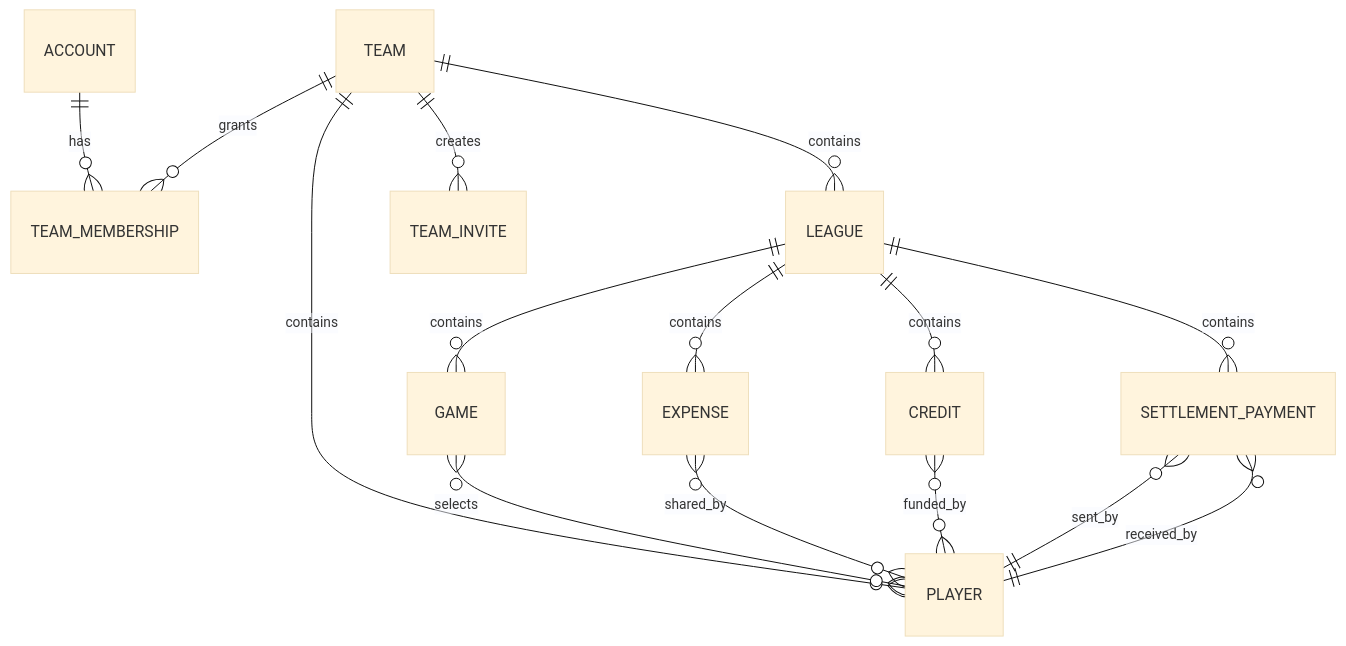
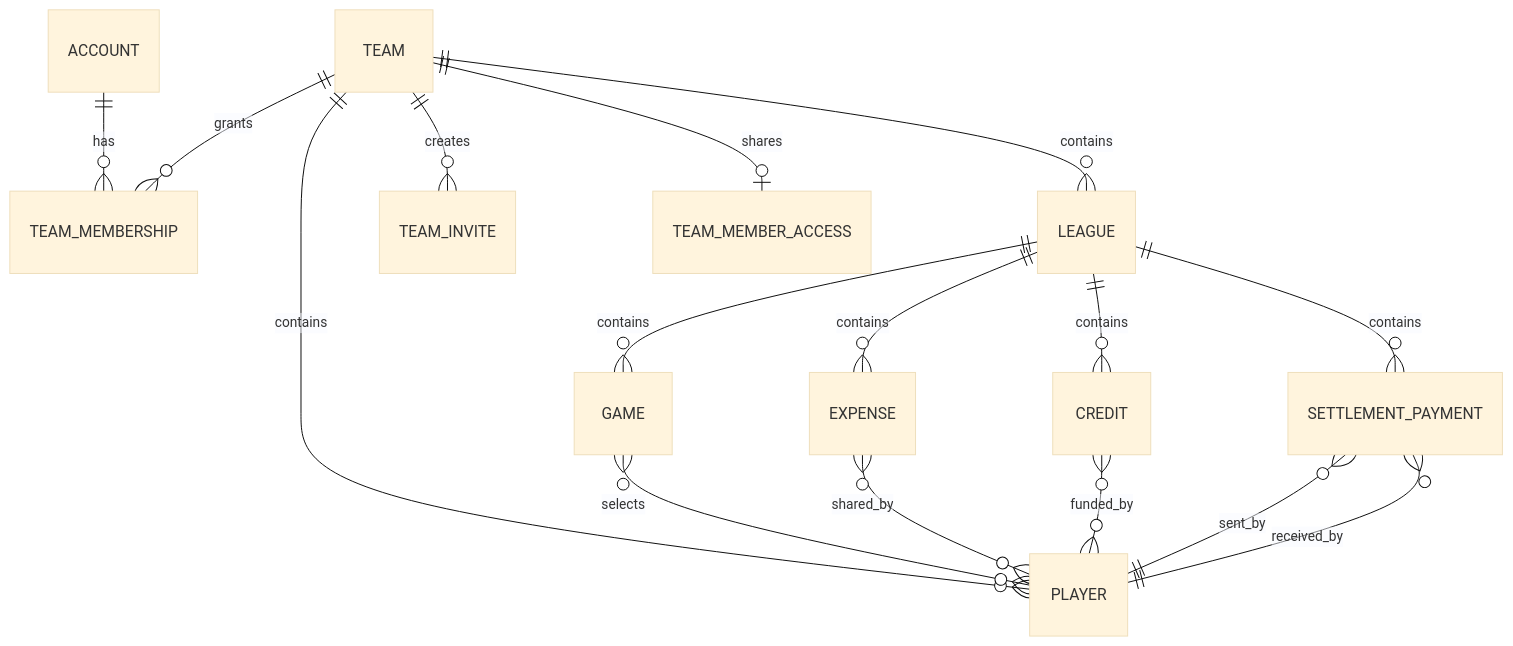
The first of 3 diagrams in docs/LLD.md (SaiduM/WicketSplit), drawn with Mermaid (base theme) before and after one commit. The commit also changed other lines of this file and 18 other files, not shown here.

Commit message:
Add shared team member access

````diff
--- a/docs/LLD.md
+++ b/docs/LLD.md
@@ -115,17 +118,18 @@
 ```mermaid
 erDiagram
     ACCOUNT ||--o{ TEAM_MEMBERSHIP : has
     TEAM ||--o{ TEAM_MEMBERSHIP : grants
     TEAM ||--o{ PLAYER : contains
     TEAM ||--o{ LEAGUE : contains
     TEAM ||--o{ TEAM_INVITE : creates
+    TEAM ||--o| TEAM_MEMBER_ACCESS : shares
     LEAGUE ||--o{ GAME : contains
     LEAGUE ||--o{ EXPENSE : contains
     LEAGUE ||--o{ CREDIT : contains
     LEAGUE ||--o{ SETTLEMENT_PAYMENT : contains
     GAME }o--o{ PLAYER : selects
     EXPENSE }o--o{ PLAYER : shared_by
     CREDIT }o--o{ PLAYER : funded_by
     SETTLEMENT_PAYMENT }o--|| PLAYER : sent_by
     SETTLEMENT_PAYMENT }o--|| PLAYER : received_by
 ```
````
